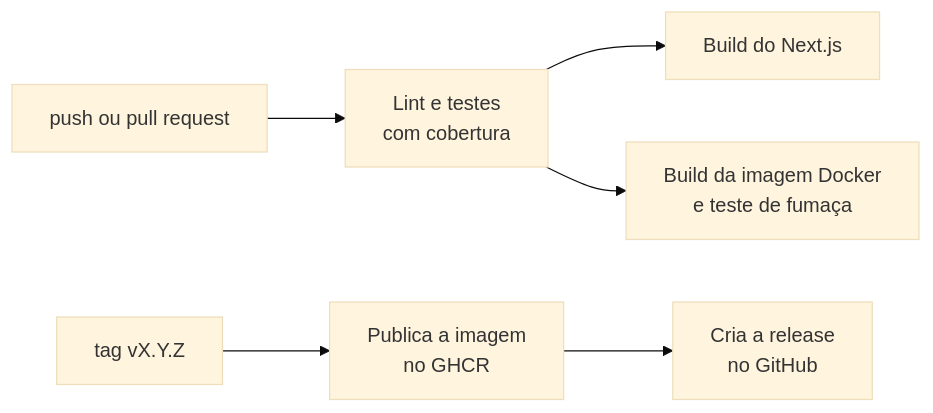
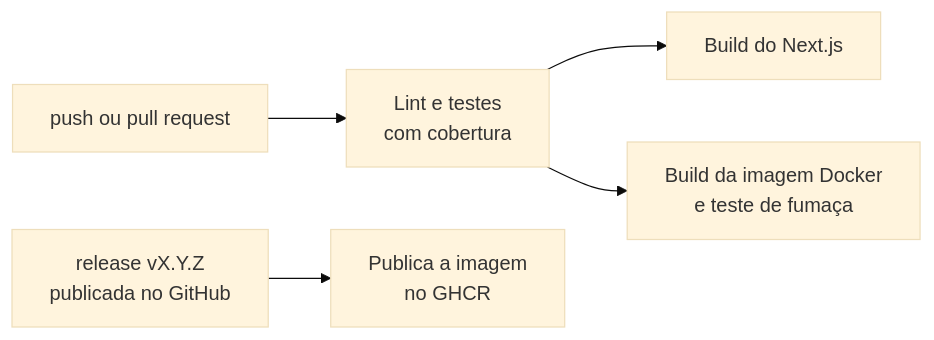
The diagram in README.md (Dracon-46/PI_Agiw_Fatec), drawn with Mermaid (base theme) before and after one commit. The commit also changed other lines of this file and 5 other files, not shown here.

First line of the commit message:
Dispara a publicação da imagem pela release do GitHub

````diff
--- a/README.md
+++ b/README.md
@@ -181,8 +181,7 @@
 ```mermaid
 flowchart LR
     A[push ou pull request] --> B[Lint e testes<br/>com cobertura]
     B --> C[Build do Next.js]
     B --> D[Build da imagem Docker<br/>e teste de fumaça]
-    E[tag vX.Y.Z] --> F[Publica a imagem<br/>no GHCR]
-    F --> G[Cria a release<br/>no GitHub]
+    E[release vX.Y.Z<br/>publicada no GitHub] --> F[Publica a imagem<br/>no GHCR]
 ```
````
